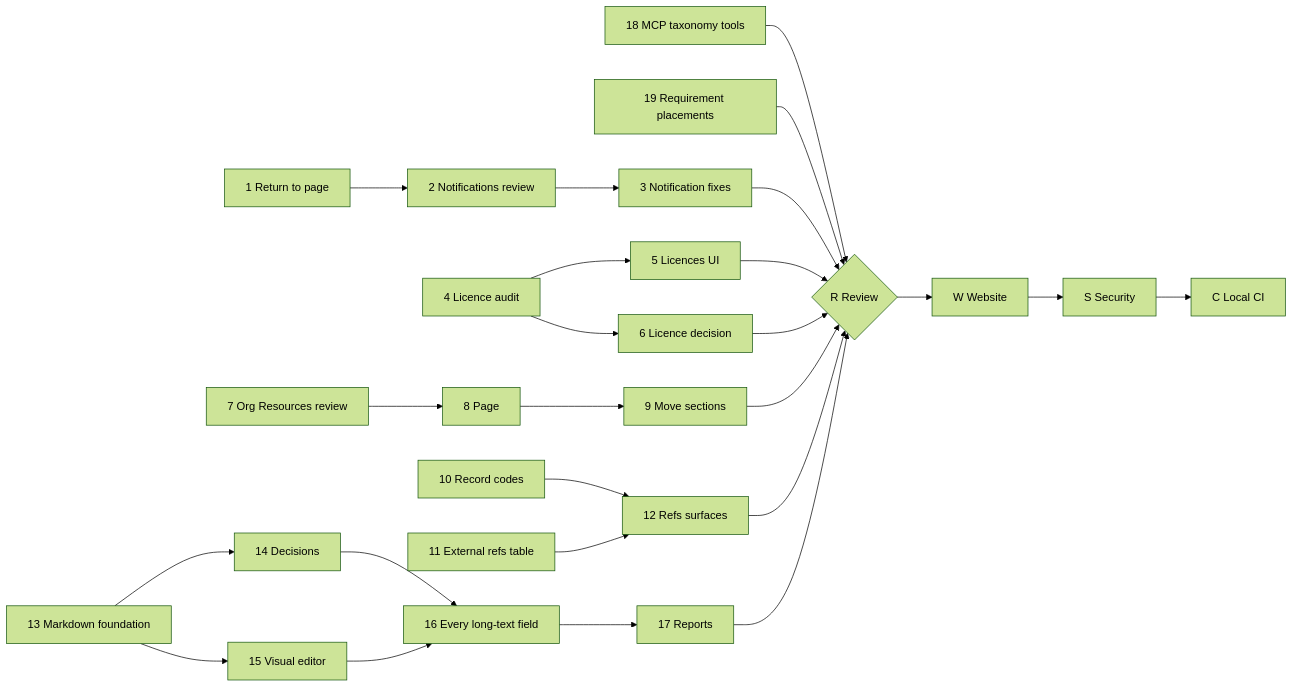
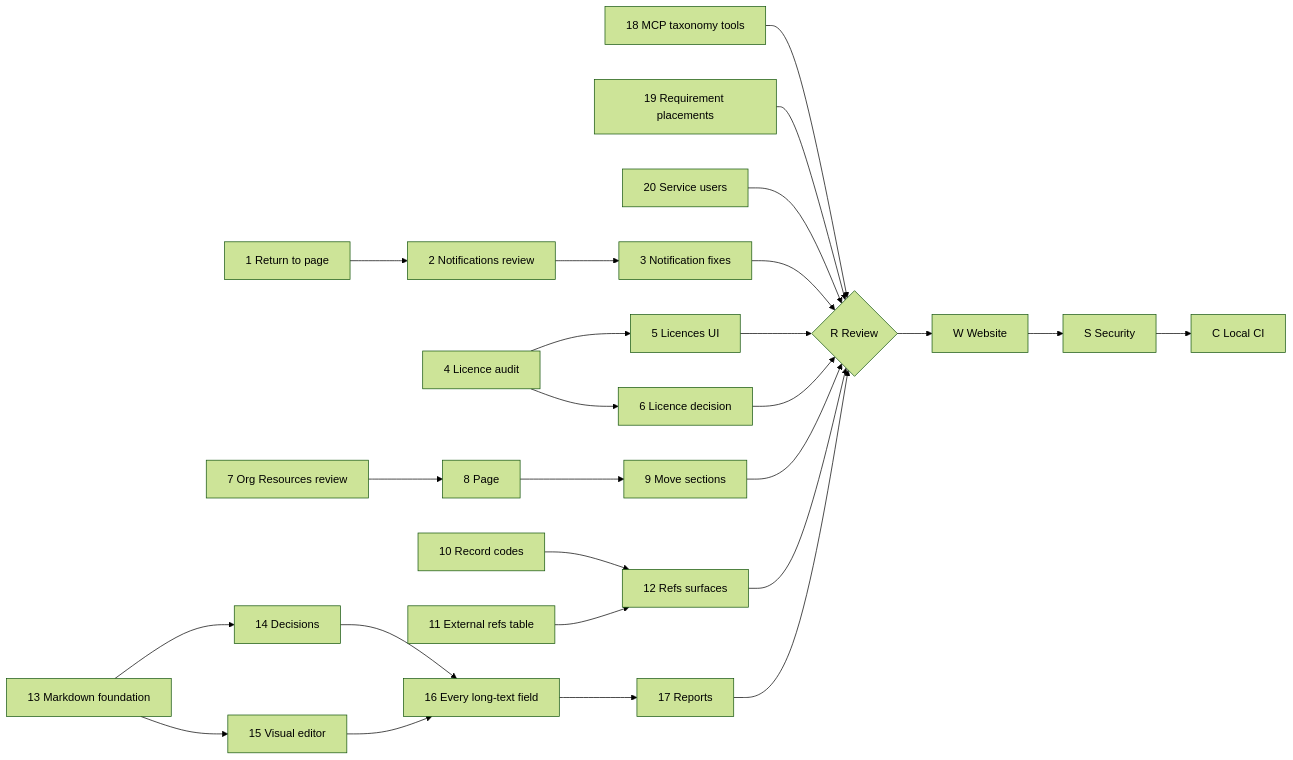
One commit to ballardr/reqtrackmanager changed the diagram in docs/plans/platform-review-2026-11-19-plan.md. Above: the diagram before and after it, drawn with Mermaid (forest theme). The commit also changed other lines of this file and 60 other files, not shown here.

````diff
--- a/docs/plans/platform-review-2026-11-19-plan.md
+++ b/docs/plans/platform-review-2026-11-19-plan.md
@@ -37,24 +38,25 @@
 ```mermaid
 flowchart LR
     P1["1 Return to page"] --> P2["2 Notifications review"]
     P2 --> P3["3 Notification fixes"]
     P4["4 Licence audit"] --> P5["5 Licences UI"]
     P4 --> P6["6 Licence decision"]
     P7["7 Org Resources review"] --> P8["8 Page"] --> P9["9 Move sections"]
     P10["10 Record codes"] --> P12["12 Refs surfaces"]
     P11["11 External refs table"] --> P12
     P13["13 Markdown foundation"] --> P14["14 Decisions"]
     P13 --> P15["15 Visual editor"]
     P14 --> P16["16 Every long-text field"]
     P15 --> P16
     P16 --> P17["17 Reports"]
     P18["18 MCP taxonomy tools"] --> R
     P19["19 Requirement placements"] --> R
+    P20["20 Service users"] --> R
     P3 --> R{"R Review"}
     P5 --> R
     P6 --> R
     P9 --> R
     P12 --> R
     P17 --> R
     R --> W["W Website"] --> S["S Security"] --> C["C Local CI"]
 ```
````
